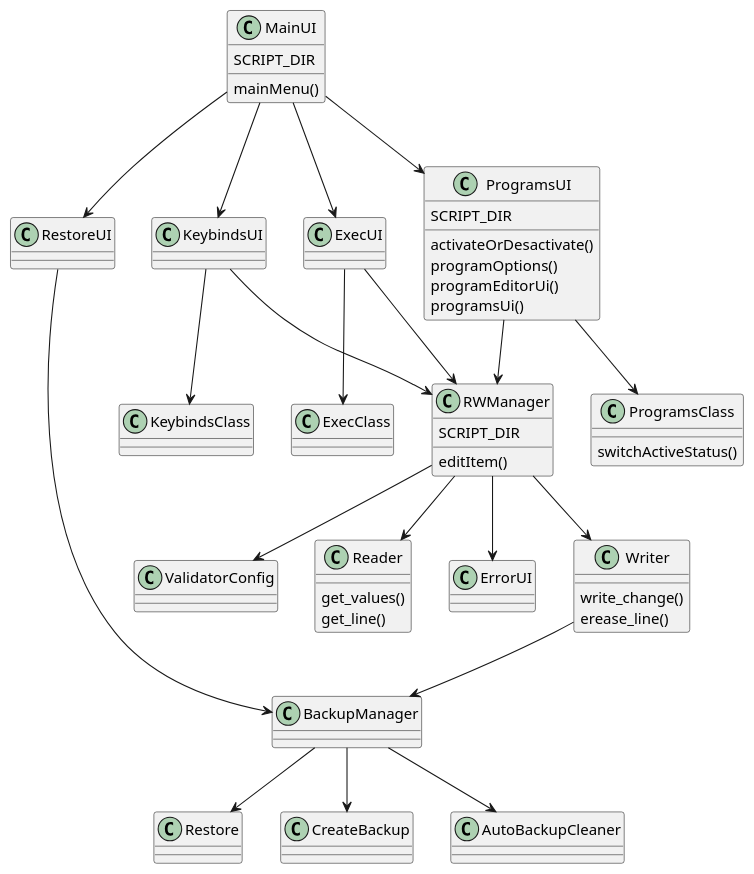
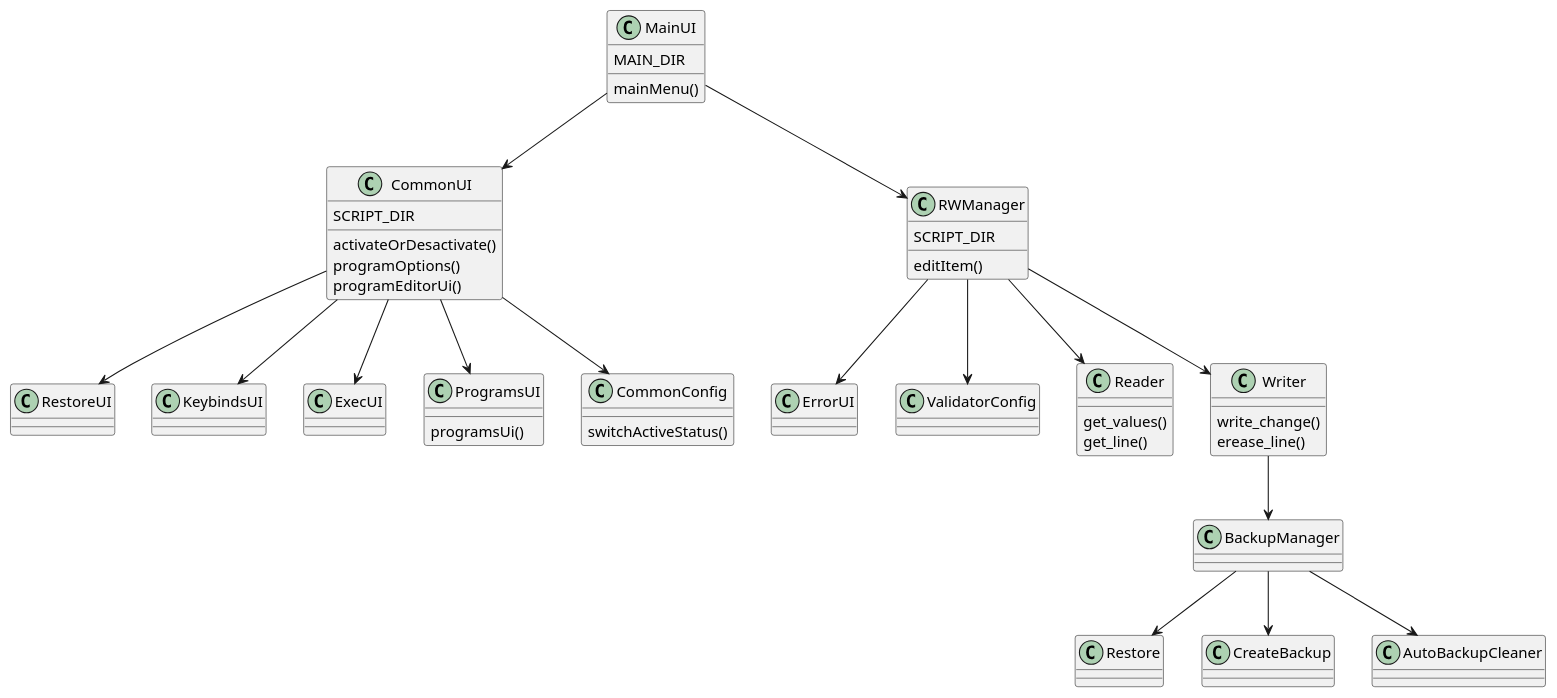
One commit to SrIvanJ10/hyprland-config-helper changed the diagram in docs/diagrams/class_diagram.puml. Above: the diagram before and after it, drawn with PlantUML. The commit also changed 5 other files, not shown here.

```diff
--- a/docs/diagrams/class_diagram.puml
+++ b/docs/diagrams/class_diagram.puml
@@ -1,110 +1,98 @@
 @startuml ProjectStructure
 
 class MainUI{
-    SCRIPT_DIR
+    MAIN_DIR
 
     mainMenu()
 }
 
 class RestoreUI{
 
 }
 
 class KeybindsUI{
 
 }
 
-class KeybindsClass{
-
-}
-
 class ExecUI{
 
 }
 
-class ExecClass{
-
-}
-
-class ProgramsUI{
+class CommonUI{
     SCRIPT_DIR
 
     activateOrDesactivate()
     programOptions()
     programEditorUi()
+}
+
+class ProgramsUI{
     programsUi()
 }
 
-class ProgramsClass{
+class CommonConfig{
     switchActiveStatus()
 }
 
 class RWManager{
     SCRIPT_DIR
 
     editItem()
 }
 
 class ErrorUI{
 
 }
 
 class ValidatorConfig{
 
 }
 
 class Reader{
     get_values()
     get_line()
 }
 
 class Writer{
     write_change()
     erease_line()
 }
 
 class BackupManager{
 
 }
 
 class Restore{
 
 }
 
 class CreateBackup{
 
 }
 
 class AutoBackupCleaner{
 
 }
 
 ' Relaciones
-MainUI --> RestoreUI
-MainUI --> KeybindsUI
-MainUI --> ExecUI
-MainUI --> ProgramsUI
+MainUI --> CommonUI
+MainUI --> RWManager
 
-ProgramsUI --> ProgramsClass
-ProgramsUI --> RWManager
-
-ExecUI --> RWManager
-ExecUI --> ExecClass
-
-KeybindsUI --> RWManager
-KeybindsUI --> KeybindsClass
-
-RestoreUI --> BackupManager
+CommonUI --> CommonConfig
+CommonUI --> RestoreUI
+CommonUI --> KeybindsUI
+CommonUI --> ExecUI
+CommonUI --> ProgramsUI
 
 RWManager --> ErrorUI
 RWManager --> ValidatorConfig
 RWManager --> Reader
 RWManager --> Writer
 
 Writer --> BackupManager
 
 BackupManager --> Restore
 BackupManager --> CreateBackup
 BackupManager --> AutoBackupCleaner
 
 @enduml
```
